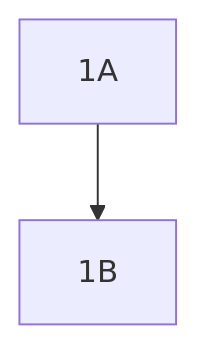
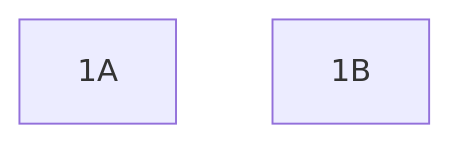
One commit to smg-real-estate/Fullstack-React-Express-Assignment changed the diagram in README_BACKEND.md. Above: the diagram before and after it, drawn with Mermaid. The commit also changed other lines of this file, not shown here.

````diff
--- a/README_BACKEND.md
+++ b/README_BACKEND.md
@@ -17,4 +16,5 @@
 ```mermaid
 graph TD;
-    1A-->1B;
+    1A
+    1B;
 ```
````
